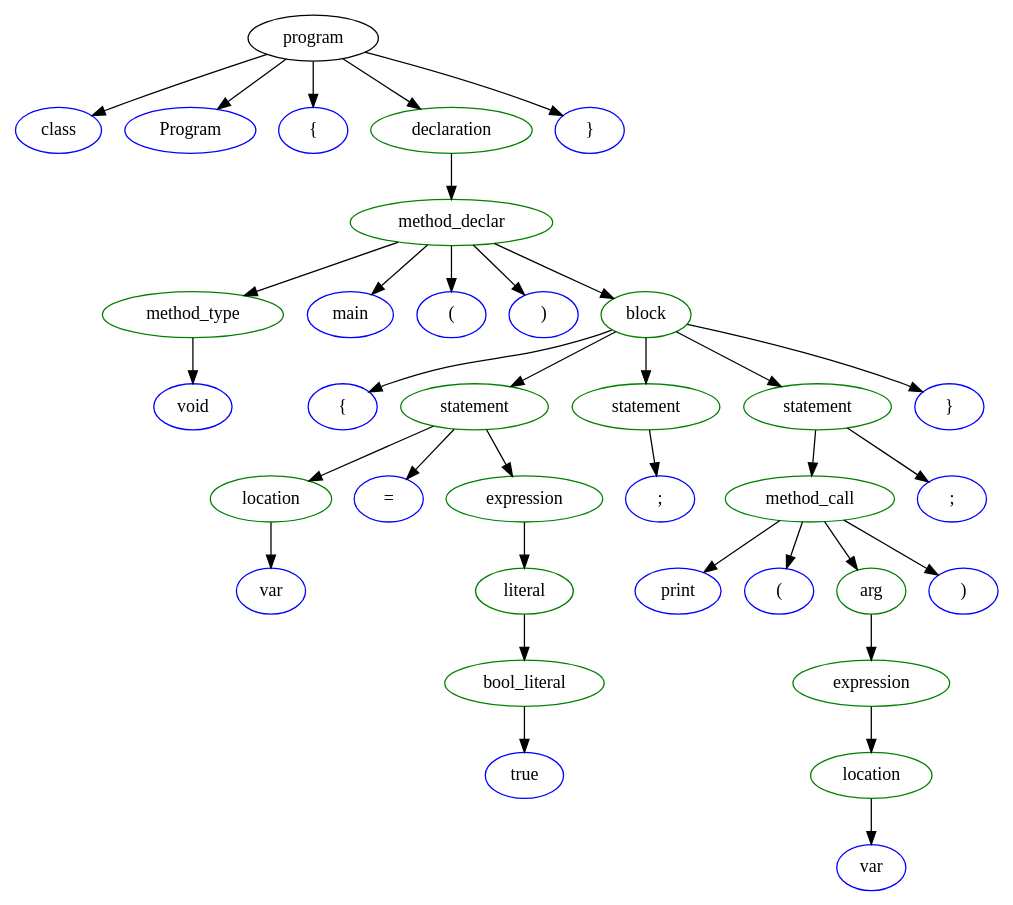
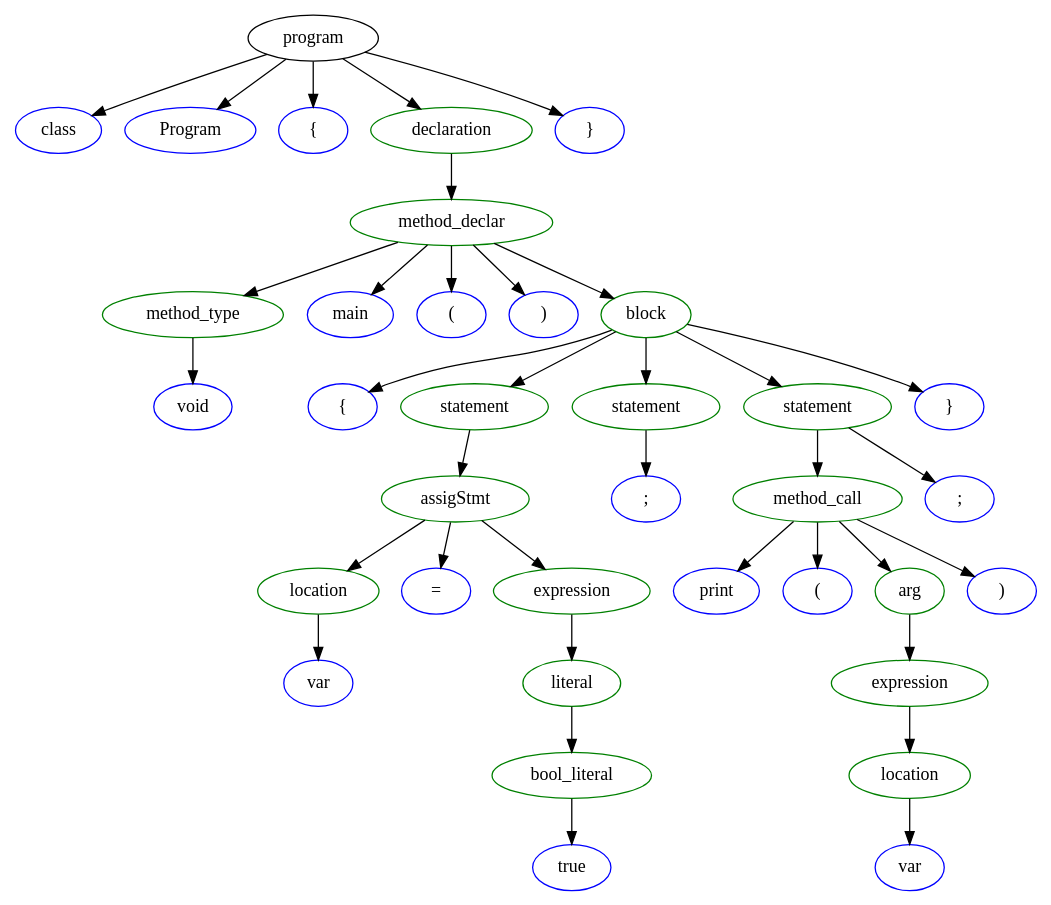
One commit to MaaarcosG/compiler changed the diagram in Trees/tree_input.gv. Above: the diagram before and after it, drawn with Graphviz. The commit also changed 16 other files, not shown here.

```diff
--- a/Trees/tree_input.gv
+++ b/Trees/tree_input.gv
@@ -1,72 +1,74 @@
 // Trees/tree_input.gv
 digraph "Trees/tree_input" {
 	0 [label=program]
 	1 [label=class color=blue]
 	0 -> 1
 	2 [label=Program color=blue]
 	0 -> 2
 	3 [label="{" color=blue]
 	0 -> 3
 	4 [label=declaration color=green]
 	0 -> 4
 	5 [label=method_declar color=green]
 	4 -> 5
 	6 [label=method_type color=green]
 	5 -> 6
 	7 [label=void color=blue]
 	6 -> 7
 	8 [label=main color=blue]
 	5 -> 8
 	9 [label="(" color=blue]
 	5 -> 9
 	10 [label=")" color=blue]
 	5 -> 10
 	11 [label=block color=green]
 	5 -> 11
 	12 [label="{" color=blue]
 	11 -> 12
 	13 [label=statement color=green]
 	11 -> 13
-	14 [label=location color=green]
+	14 [label=assigStmt color=green]
 	13 -> 14
-	15 [label=var color=blue]
+	15 [label=location color=green]
 	14 -> 15
-	16 [label="=" color=blue]
-	13 -> 16
-	17 [label=expression color=green]
-	13 -> 17
-	18 [label=literal color=green]
-	17 -> 18
-	19 [label=bool_literal color=green]
+	16 [label=var color=blue]
+	15 -> 16
+	17 [label="=" color=blue]
+	14 -> 17
+	18 [label=expression color=green]
+	14 -> 18
+	19 [label=literal color=green]
 	18 -> 19
-	20 [label=true color=blue]
+	20 [label=bool_literal color=green]
 	19 -> 20
-	21 [label=statement color=green]
-	11 -> 21
-	22 [label=";" color=blue]
-	21 -> 22
-	23 [label=statement color=green]
-	11 -> 23
-	24 [label=method_call color=green]
-	23 -> 24
-	25 [label=print color=blue]
+	21 [label=true color=blue]
+	20 -> 21
+	22 [label=statement color=green]
+	11 -> 22
+	23 [label=";" color=blue]
+	22 -> 23
+	24 [label=statement color=green]
+	11 -> 24
+	25 [label=method_call color=green]
 	24 -> 25
-	26 [label="(" color=blue]
-	24 -> 26
-	27 [label=arg color=green]
-	24 -> 27
-	28 [label=expression color=green]
-	27 -> 28
-	29 [label=location color=green]
+	26 [label=print color=blue]
+	25 -> 26
+	27 [label="(" color=blue]
+	25 -> 27
+	28 [label=arg color=green]
+	25 -> 28
+	29 [label=expression color=green]
 	28 -> 29
-	30 [label=var color=blue]
+	30 [label=location color=green]
 	29 -> 30
-	31 [label=")" color=blue]
-	24 -> 31
-	32 [label=";" color=blue]
-	23 -> 32
-	33 [label="}" color=blue]
-	11 -> 33
+	31 [label=var color=blue]
+	30 -> 31
+	32 [label=")" color=blue]
+	25 -> 32
+	33 [label=";" color=blue]
+	24 -> 33
 	34 [label="}" color=blue]
-	0 -> 34
+	11 -> 34
+	35 [label="}" color=blue]
+	0 -> 35
 }
```
